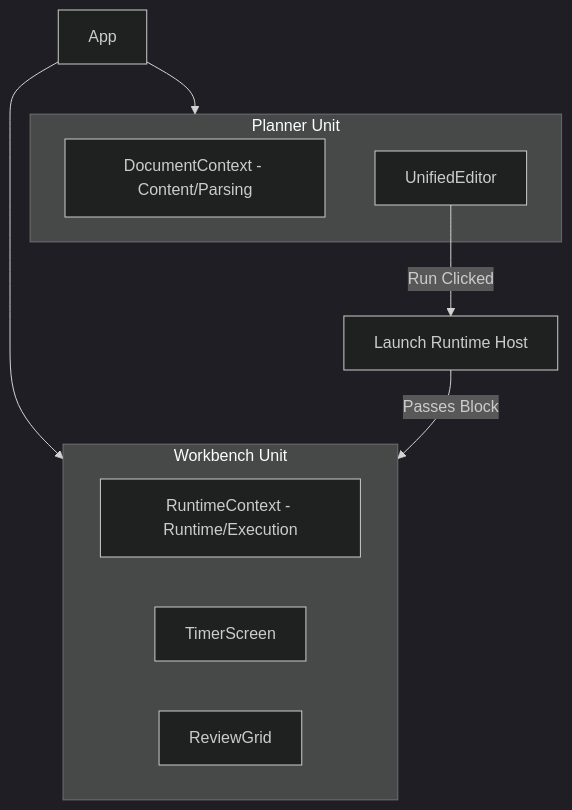
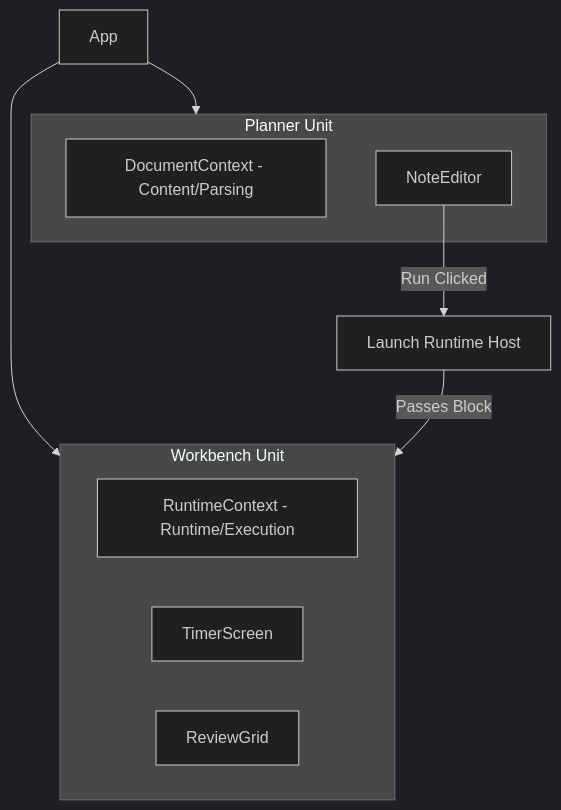
One commit to SergeiGolos/wod-wiki changed the second of 2 diagrams in docs/decoupling-planner-workbench.md. Above: the diagram before and after it, drawn with Mermaid (dark theme). The commit also changed other lines of this file and 56 other files, not shown here.

````diff
--- a/docs/decoupling-planner-workbench.md
+++ b/docs/decoupling-planner-workbench.md
@@ -59,19 +59,19 @@
 ```mermaid
 graph TD
     App --> Planner
     App --> WorkbenchHost
     
     subgraph Planner [Planner Unit]
         DocumentContext[DocumentContext - Content/Parsing]
-        UnifiedEditor[UnifiedEditor]
+        NoteEditor[NoteEditor]
     end
     
     subgraph WorkbenchHost [Workbench Unit]
         RuntimeContext[RuntimeContext - Runtime/Execution]
         TimerScreen
         ReviewGrid
     end
     
-    UnifiedEditor -- "Run Clicked" --> Action[Launch Runtime Host]
+    NoteEditor -- "Run Clicked" --> Action[Launch Runtime Host]
     Action -- "Passes Block" --> WorkbenchHost
 ```
````
